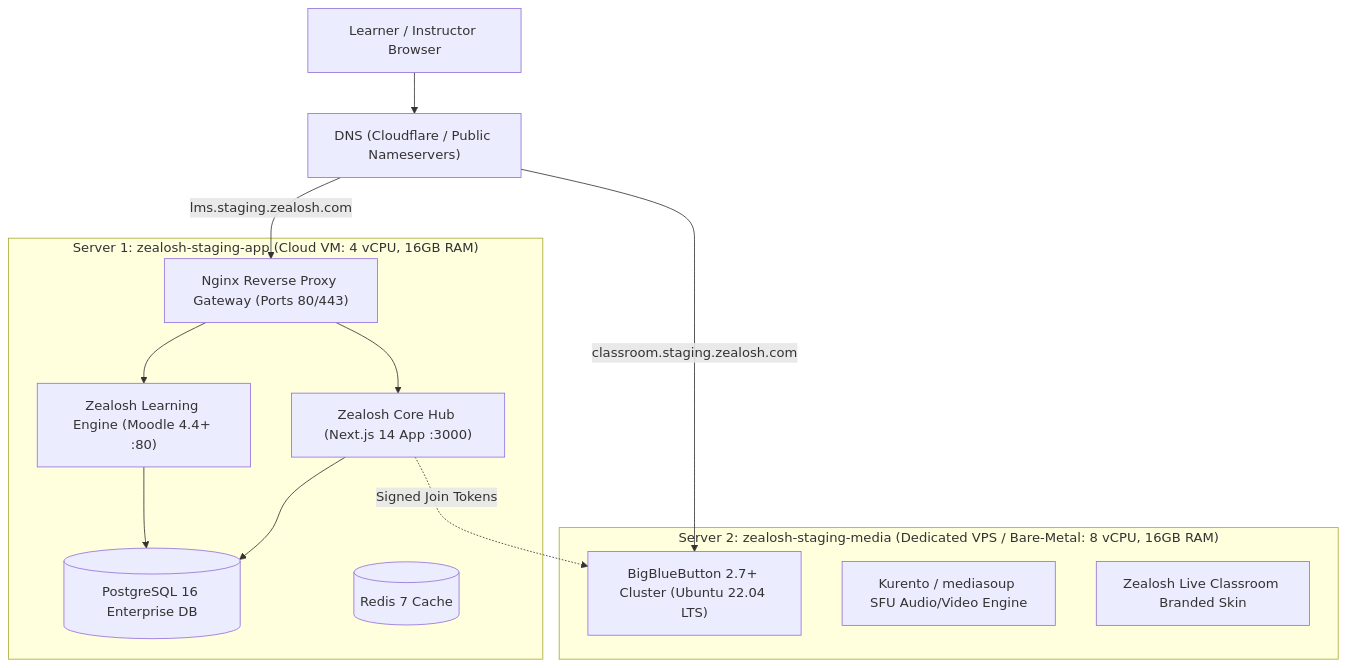
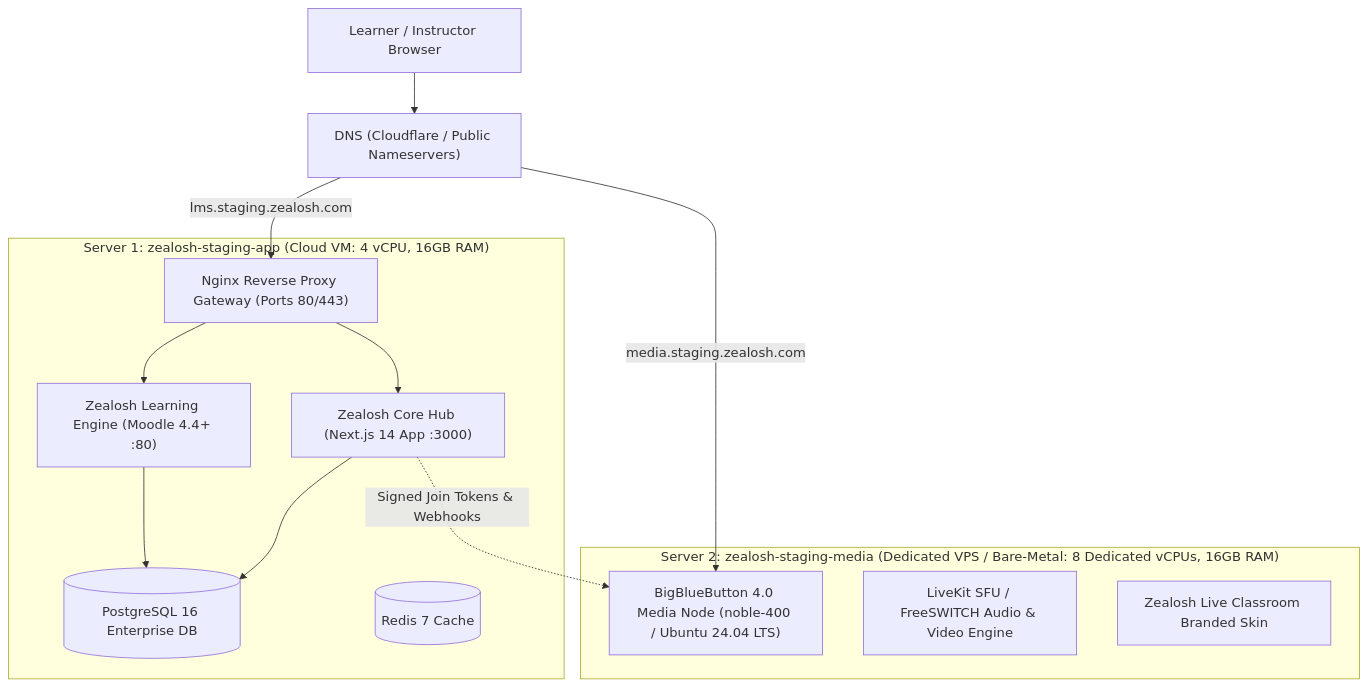
The diagram in docs/STAGING_INFRASTRUCTURE_SPECIFICATION.md (alexclicks15-lab/zealosh-lms), drawn with Mermaid before and after one commit. The commit also changed other lines of this file and 998 other files, not shown here.

````diff
--- a/docs/STAGING_INFRASTRUCTURE_SPECIFICATION.md
+++ b/docs/STAGING_INFRASTRUCTURE_SPECIFICATION.md
@@ -13,26 +13,26 @@
 ```mermaid
 graph TD
     User["Learner / Instructor Browser"] --> DNS["DNS (Cloudflare / Public Nameservers)"]
     
     subgraph S1["Server 1: zealosh-staging-app (Cloud VM: 4 vCPU, 16GB RAM)"]
         Nginx["Nginx Reverse Proxy Gateway (Ports 80/443)"]
         NextJS["Zealosh Core Hub (Next.js 14 App :3000)"]
         Moodle["Zealosh Learning Engine (Moodle 4.4+ :80)"]
         PG[(PostgreSQL 16 Enterprise DB)]
         Redis[(Redis 7 Cache)]
     end
     
-    subgraph S2["Server 2: zealosh-staging-media (Dedicated VPS / Bare-Metal: 8 vCPU, 16GB RAM)"]
-        BBB["BigBlueButton 2.7+ Cluster (Ubuntu 22.04 LTS)"]
-        WebRTC["Kurento / mediasoup SFU Audio/Video Engine"]
+    subgraph S2["Server 2: zealosh-staging-media (Dedicated VPS / Bare-Metal: 8 Dedicated vCPUs, 16GB RAM)"]
+        BBB["BigBlueButton 4.0 Media Node (noble-400 / Ubuntu 24.04 LTS)"]
+        WebRTC["LiveKit SFU / FreeSWITCH Audio & Video Engine"]
         BBB_Skin["Zealosh Live Classroom Branded Skin"]
     end
 
     DNS -->|lms.staging.zealosh.com| Nginx
-    DNS -->|classroom.staging.zealosh.com| BBB
+    DNS -->|media.staging.zealosh.com| BBB
     Nginx --> NextJS
     Nginx --> Moodle
     NextJS --> PG
     Moodle --> PG
-    NextJS -.->|Signed Join Tokens| BBB
+    NextJS -.->|Signed Join Tokens & Webhooks| BBB
 ```
````
